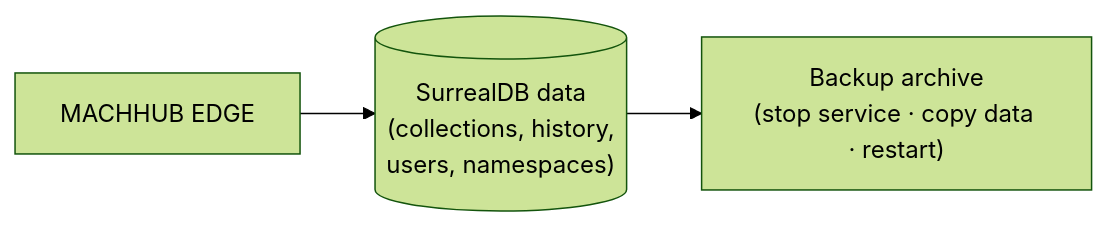
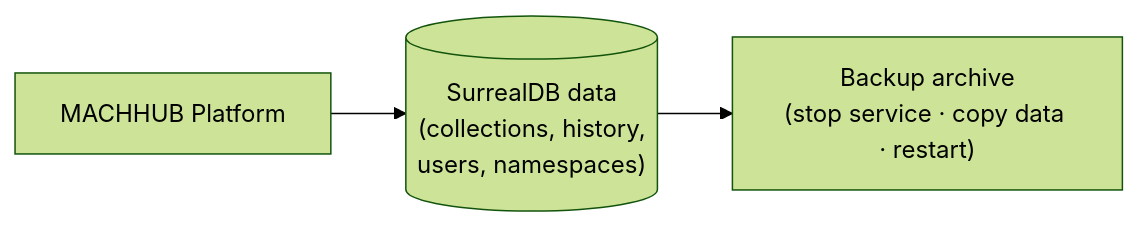
The diagram in src/content/docs/install/upgrades-backups.md (machhub-dev/docs), drawn with Mermaid (forest theme) before and after one commit. The commit also changed other lines of this file and 24 other files, not shown here.

First line of the commit message:
docs: rename product from "MACHHUB EDGE" to "MACHHUB Platform"

````diff
--- a/src/content/docs/install/upgrades-backups.md
+++ b/src/content/docs/install/upgrades-backups.md
@@ -59,5 +59,5 @@
 ```mermaid
 flowchart LR
-  EDGE["MACHHUB EDGE"] --> DB[("SurrealDB data\n(collections, history,\nusers, namespaces)")]
+  EDGE["MACHHUB Platform"] --> DB[("SurrealDB data\n(collections, history,\nusers, namespaces)")]
   DB --> BK["Backup archive\n(stop service · copy data · restart)"]
 ```
````
